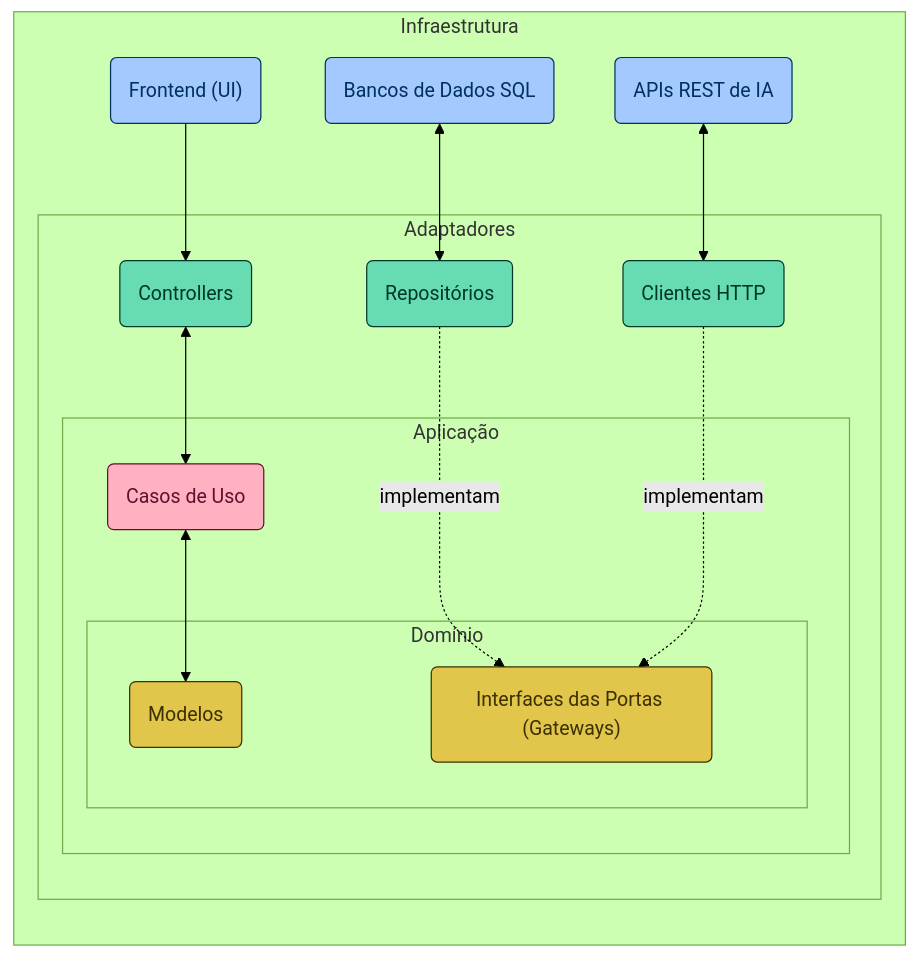
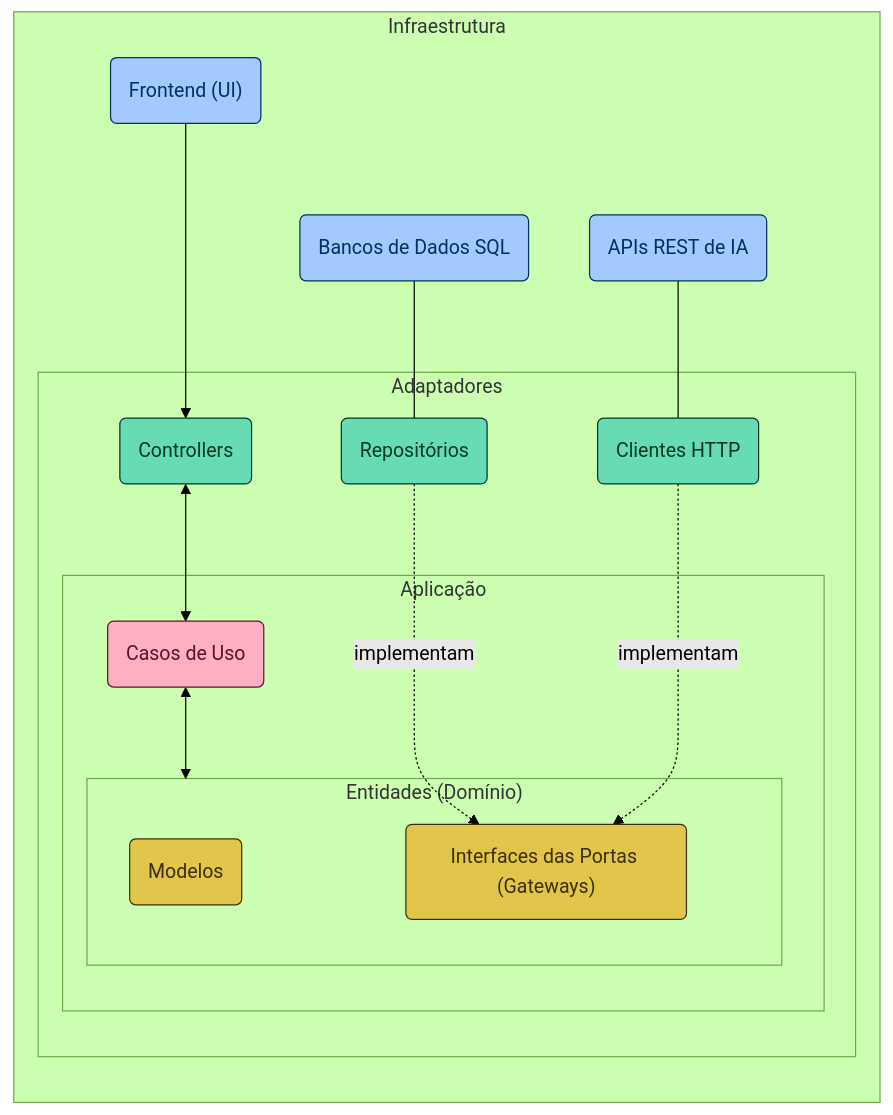
One commit to digitalinnovationone/santander-dev-week-2024 changed the diagram in README.md. Above: the diagram before and after it, drawn with Mermaid (forest theme).

````diff
--- a/README.md
+++ b/README.md
@@ -9,30 +9,30 @@
 ```mermaid
-graph LR;
+graph RL;
   subgraph layer-infra[Infraestrutura];
-    UI("Frontend (UI)") --> Controller
+    UI("Frontend (UI)") ---> Controller
     subgraph layer-adpaters[Adaptadores];
       Controller("Controllers") <--> UC
       subgraph layer-app[Aplicação];
-        UC(Casos de Uso) <--> Model
-        subgraph layer-entities[Domínio];
+        UC(Casos de Uso) <--> layer-entities
+        subgraph layer-entities["Entidades (Domínio)"];
           Model("Modelos")
           IPort("Interfaces das Portas (Gateways)")
         end
      end
      Repo("Repositórios") -..-> |implementam| IPort
      HTTP("Clientes HTTP") -..-> |implementam| IPort
     end
-    BD("Bancos de Dados SQL") <--> Repo
-    EXT("APIs REST de IA") <--> HTTP
+    BD("Bancos de Dados SQL") --- Repo
+    EXT("APIs REST de IA") --- HTTP
   end
 
 classDef infra fill:#a3c9ff,stroke:#00315c,color:#00315c;
 classDef adapters fill:#67dbb1,stroke:#003828,color:#003828;
 classDef ucs fill:#ffb1c1,stroke:#5f112b,color:#5f112b;
 classDef entities fill:#e2c54b,stroke:#3a3000,color:#3a3000;
 
 class BD,EXT,UI infra;
 class Controller,Repo,HTTP adapters;
 class UC ucs;
 class Model,IPort entities;
 ```
````
